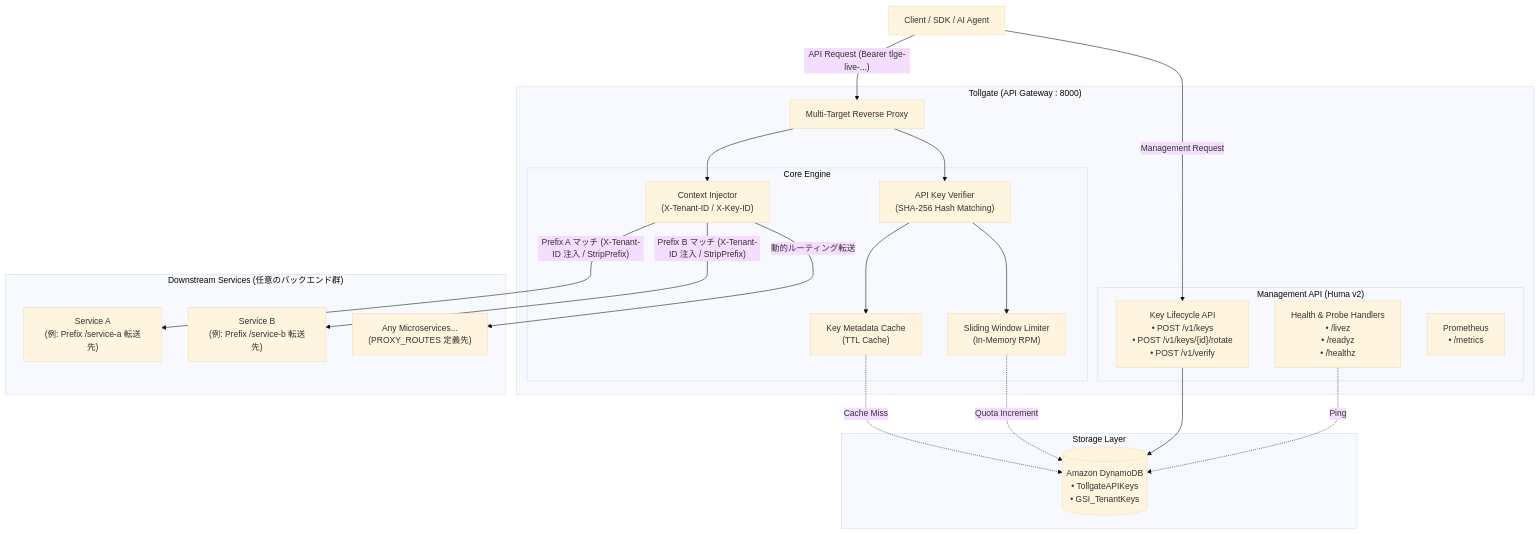
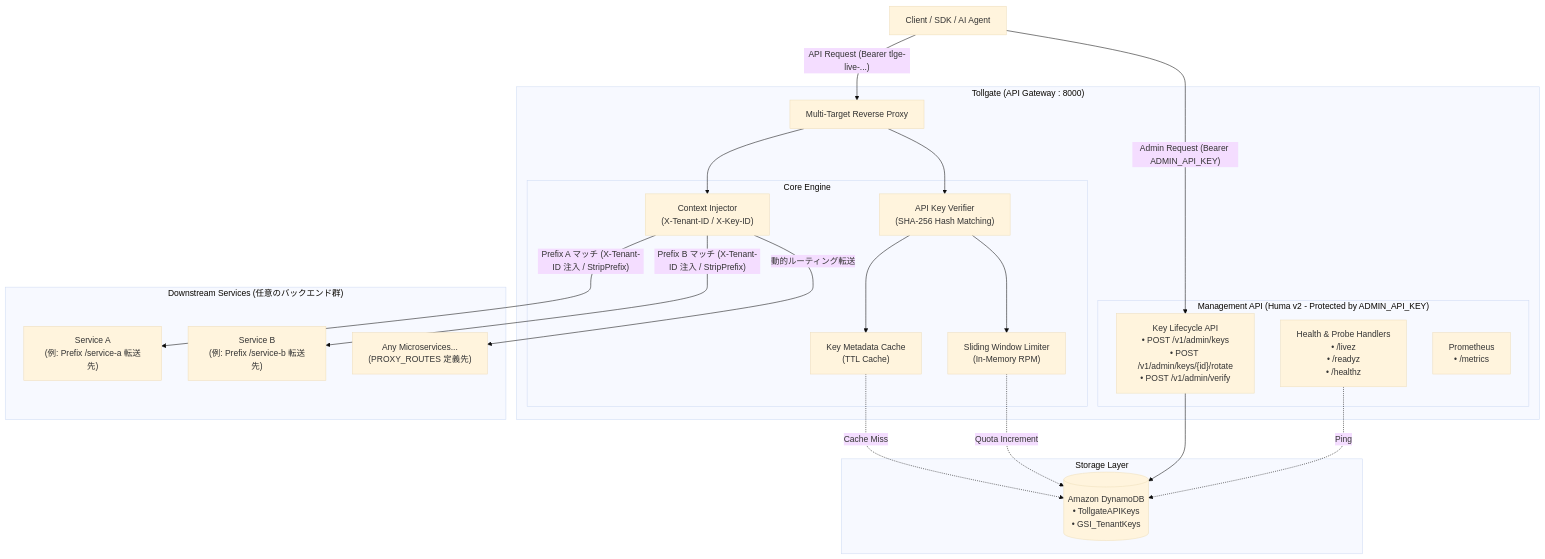
The diagram in README.md (northfieldzz/tollgate), drawn with Mermaid (base theme) before and after one commit. The commit also changed other lines of this file and 8 other files, not shown here.

Commit message:
feat: implement admin API key authentication, HTTP handlers, and documentation

````diff
--- a/README.md
+++ b/README.md
@@ -47,51 +47,51 @@
 ```mermaid
 flowchart TD
     Client["Client / SDK / AI Agent"]
     
     subgraph TollgateCluster ["Tollgate (API Gateway : 8000)"]
         PROXY["Multi-Target Reverse Proxy"]
         
         subgraph Engine ["Core Engine"]
             VERIFY["API Key Verifier<br/>(SHA-256 Hash Matching)"]
             LIMITER["Sliding Window Limiter<br/>(In-Memory RPM)"]
             CACHE["Key Metadata Cache<br/>(TTL Cache)"]
             HEADER_INJECT["Context Injector<br/>(X-Tenant-ID / X-Key-ID)"]
         end
 
-        subgraph ManagementAPI ["Management API (Huma v2)"]
-            KEY_MGMT["Key Lifecycle API<br/>• POST /v1/keys<br/>• POST /v1/keys/{id}/rotate<br/>• POST /v1/verify"]
+        subgraph ManagementAPI ["Management API (Huma v2 - Protected by ADMIN_API_KEY)"]
+            KEY_MGMT["Key Lifecycle API<br/>• POST /v1/admin/keys<br/>• POST /v1/admin/keys/{id}/rotate<br/>• POST /v1/admin/verify"]
             HEALTH["Health & Probe Handlers<br/>• /livez<br/>• /readyz<br/>• /healthz"]
             METRICS["Prometheus<br/>• /metrics"]
         end
     end
 
     subgraph Storage ["Storage Layer"]
         DDB[("Amazon DynamoDB<br/>• TollgateAPIKeys<br/>• GSI_TenantKeys")]
     end
 
     subgraph Downstream ["Downstream Services (任意のバックエンド群)"]
         SVC_A["Service A<br/>(例: Prefix /service-a 転送先)"]
         SVC_B["Service B<br/>(例: Prefix /service-b 転送先)"]
         SVC_N["Any Microservices...<br/>(PROXY_ROUTES 定義先)"]
     end
 
     %% Client flows
     Client -->|"API Request (Bearer tlge-live-...)"| PROXY
-    Client -->|"Management Request"| KEY_MGMT
+    Client -->|"Admin Request (Bearer ADMIN_API_KEY)"| KEY_MGMT
 
     %% Internal Tollgate flows
     PROXY --> VERIFY
     VERIFY --> CACHE
     CACHE -.->|"Cache Miss"| DDB
     VERIFY --> LIMITER
     LIMITER -.->|"Quota Increment"| DDB
     PROXY --> HEADER_INJECT
 
     %% Forwarding
     HEADER_INJECT -->|"Prefix A マッチ (X-Tenant-ID 注入 / StripPrefix)"| SVC_A
     HEADER_INJECT -->|"Prefix B マッチ (X-Tenant-ID 注入 / StripPrefix)"| SVC_B
     HEADER_INJECT -->|"動的ルーティング転送"| SVC_N
 
     KEY_MGMT --> DDB
     HEALTH -.->|"Ping"| DDB
 ```
````
